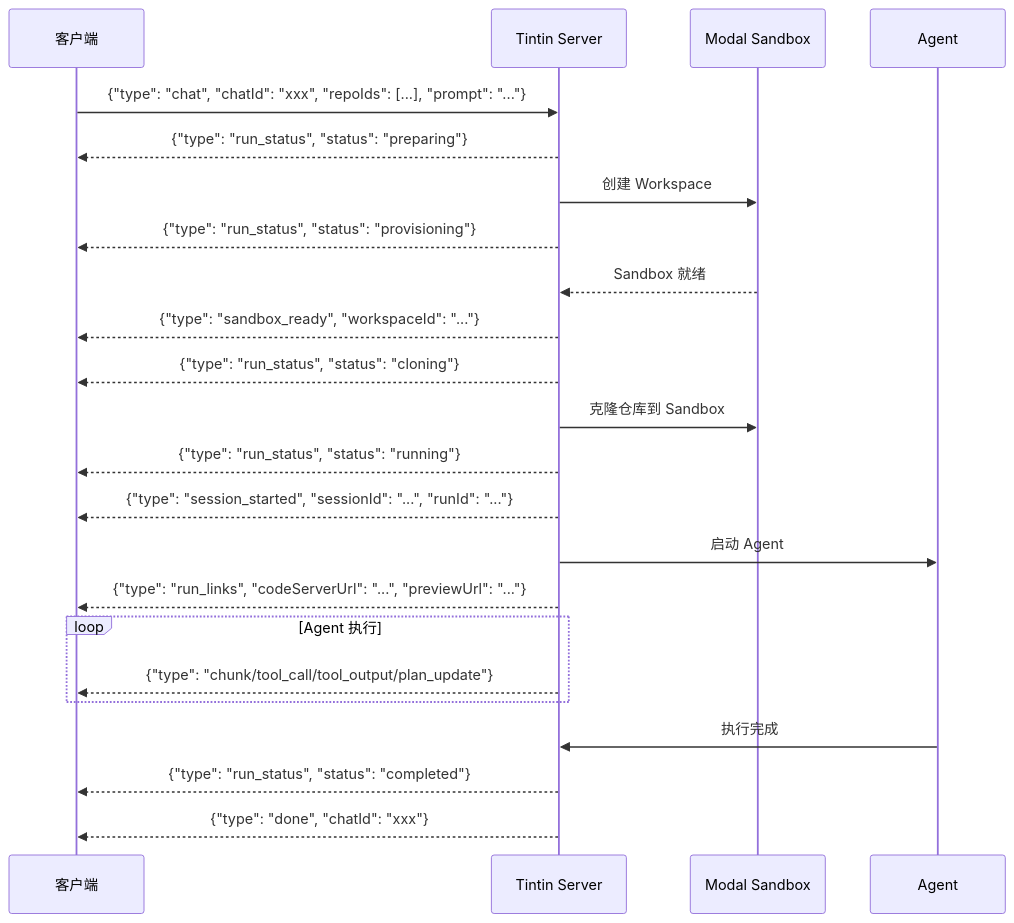
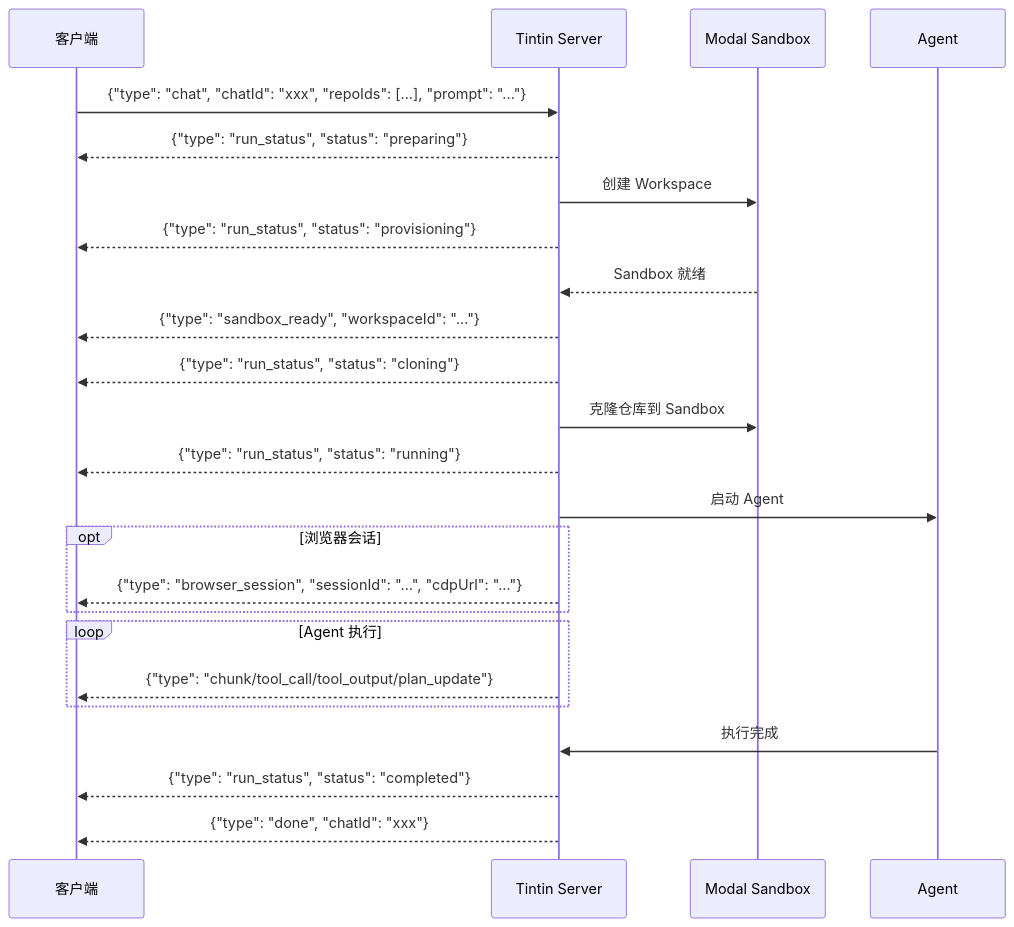
Before and after one commit to fuzzland/tintin: the sixth of 10 diagrams in docs/websocket-integration-guide.md, drawn with Mermaid. The commit also changed other lines of this file and 2 other files, not shown here.

First line of the commit message:
docs: update architecture diagrams and refactoring plan

````diff
--- a/docs/websocket-integration-guide.md
+++ b/docs/websocket-integration-guide.md
@@ -427,34 +424,35 @@
 ```mermaid
 sequenceDiagram
     participant C as 客户端
     participant S as Tintin Server
     participant M as Modal Sandbox
     participant A as Agent
 
     C->>S: {"type": "chat", "chatId": "xxx", "repoIds": [...], "prompt": "..."}
 
     S-->>C: {"type": "run_status", "status": "preparing"}
     S->>M: 创建 Workspace
     S-->>C: {"type": "run_status", "status": "provisioning"}
 
     M-->>S: Sandbox 就绪
     S-->>C: {"type": "sandbox_ready", "workspaceId": "..."}
 
     S-->>C: {"type": "run_status", "status": "cloning"}
     S->>M: 克隆仓库到 Sandbox
 
     S-->>C: {"type": "run_status", "status": "running"}
-    S-->>C: {"type": "session_started", "sessionId": "...", "runId": "..."}
 
     S->>A: 启动 Agent
 
-    S-->>C: {"type": "run_links", "codeServerUrl": "...", "previewUrl": "..."}
+    opt 浏览器会话
+        S-->>C: {"type": "browser_session", "sessionId": "...", "cdpUrl": "..."}
+    end
 
     loop Agent 执行
         S-->>C: {"type": "chunk/tool_call/tool_output/plan_update"}
     end
 
     A->>S: 执行完成
     S-->>C: {"type": "run_status", "status": "completed"}
     S-->>C: {"type": "done", "chatId": "xxx"}
 ```
````
